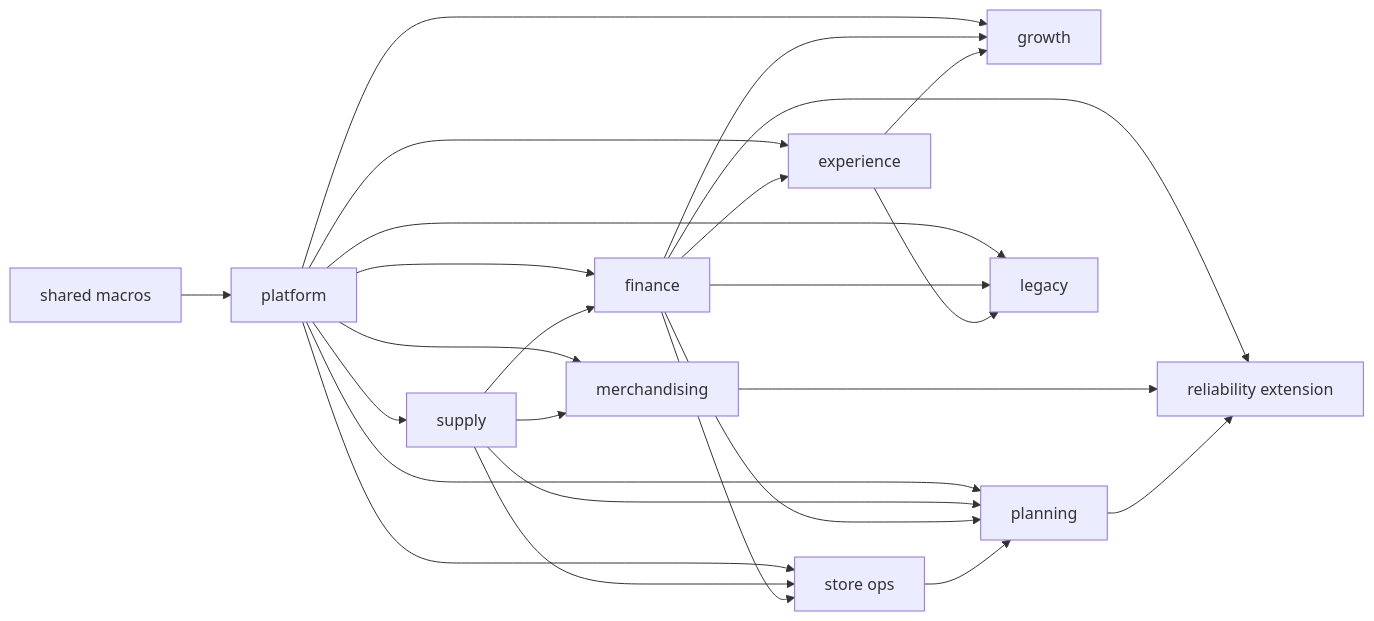
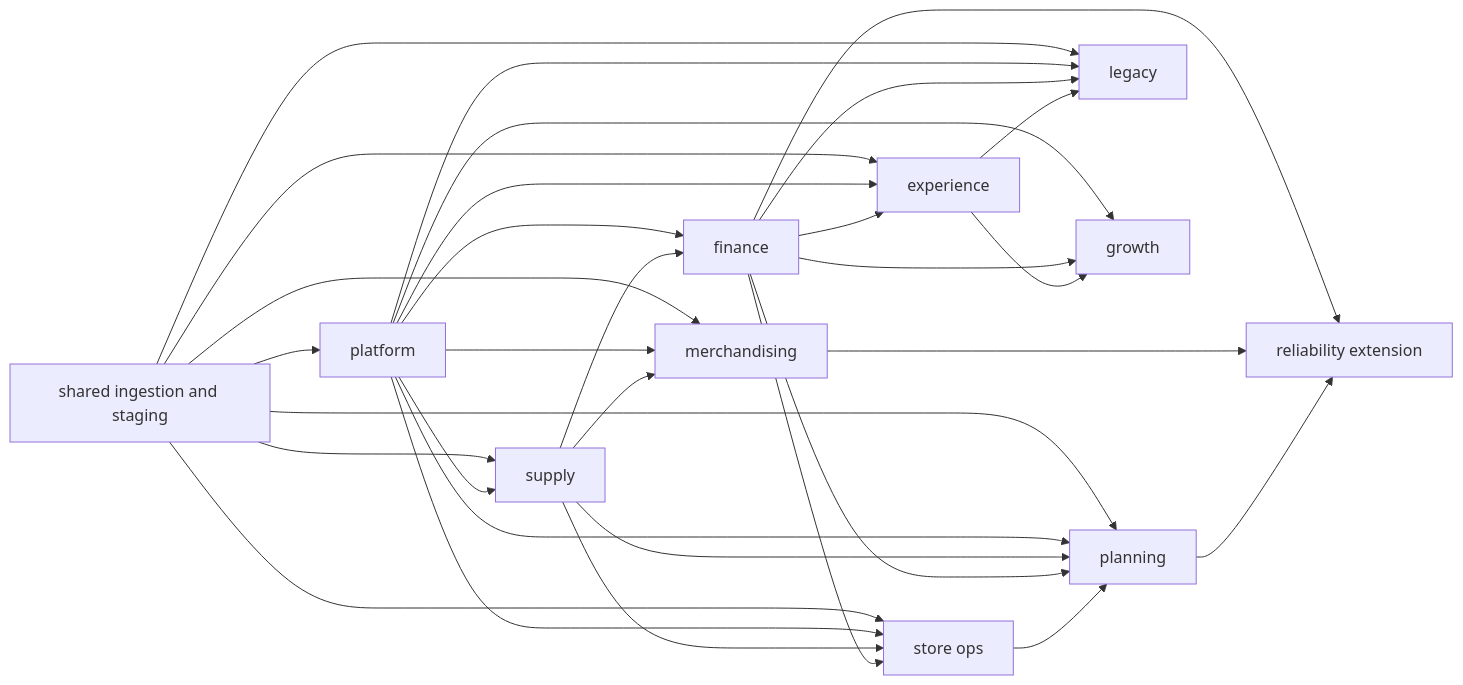
Before and after one commit to giacus/jaffle_corp: the diagram in docs/architecture.md, drawn with Mermaid. The commit also changed other lines of this file and 181 other files, not shown here.

Commit message:
Centralize staging in jaffle_shared (#15)

````diff
--- a/docs/architecture.md
+++ b/docs/architecture.md
@@ -37,27 +43,33 @@
 ```mermaid
 flowchart LR
-    shared["shared macros"] --> platform["platform"]
+    shared["shared ingestion and staging"] --> platform["platform"]
+    shared --> supply["supply"]
+    shared --> experience["experience"]
+    shared --> storeops["store ops"]
+    shared --> merchandising["merchandising"]
+    shared --> planning["planning"]
+    shared --> legacy["legacy"]
     platform --> supply["supply"]
     platform --> finance["finance"]
     supply --> finance
-    platform --> experience["experience"]
+    platform --> experience
     finance --> experience
     platform --> growth["growth"]
     finance --> growth
     experience --> growth
-    platform --> storeops["store ops"]
+    platform --> storeops
     supply --> storeops
     finance --> storeops
-    platform --> merchandising["merchandising"]
+    platform --> merchandising
     supply --> merchandising
-    platform --> planning["planning"]
+    platform --> planning
     supply --> planning
     finance --> planning
     storeops --> planning
-    platform --> legacy["legacy"]
+    platform --> legacy
     finance --> legacy
     experience --> legacy
     finance --> reliability["reliability extension"]
     merchandising --> reliability
     planning --> reliability
 ```
````
